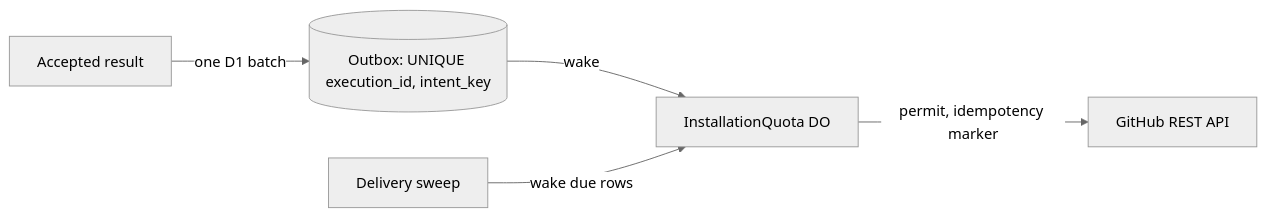
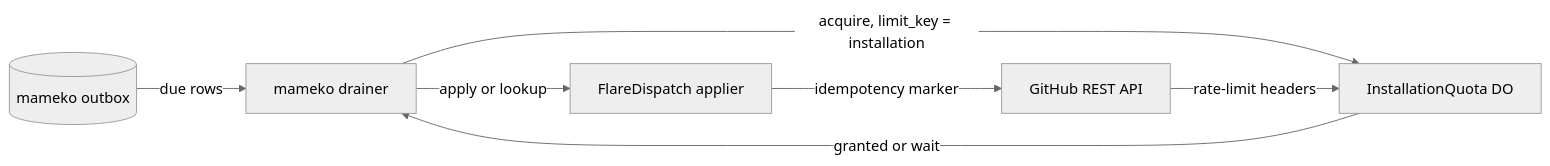
One commit to fractalboxdev/flare-dispatch changed the diagram in specs/adr/0011-outbox-and-quota.md. Above: the diagram before and after it, drawn with Mermaid (neutral theme). The commit also changed other lines of this file and 45 other files, not shown here.

First line of the commit message:
specs: FlareDispatch's CI half on mameko

````diff
--- a/specs/adr/0011-outbox-and-quota.md
+++ b/specs/adr/0011-outbox-and-quota.md
@@ -23,12 +22,13 @@
 ```mermaid
 flowchart LR
-  accTitle: Outbox and quota object
-  res[Accepted result] -->|one D1 batch| ob[("Outbox: UNIQUE execution_id, intent_key")]
-  ob -->|wake| q[InstallationQuota DO]
-  sw[Delivery sweep] e1@-->|wake due rows| q
-  q -->|permit, idempotency marker| gh[GitHub REST API]
+  accTitle: Drainer, applier and the per-installation quota object
+  ob[("mameko outbox")] -->|due rows| dr[mameko drainer]
+  dr -->|acquire, limit_key = installation| q[InstallationQuota DO]
+  q -->|granted or wait| dr
+  dr -->|apply or lookup| ap[FlareDispatch applier]
+  ap -->|idempotency marker| gh[GitHub REST API]
+  gh -->|rate-limit headers| q
   class q accent
   class ob store
   class gh muted
-  class e1 async
 ```
````
